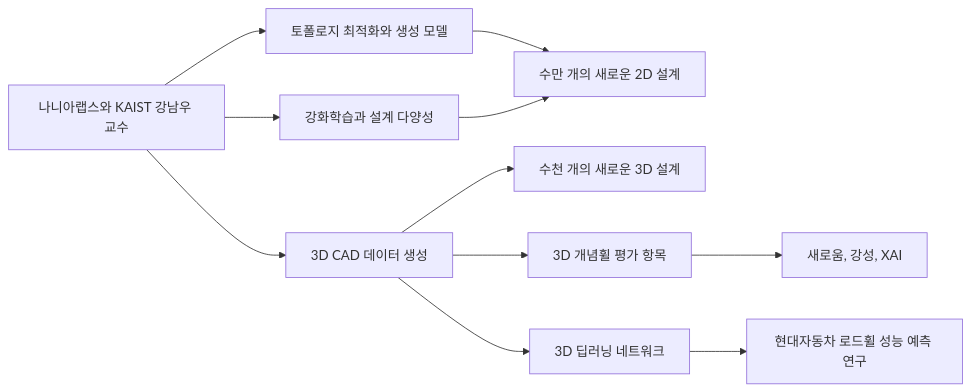
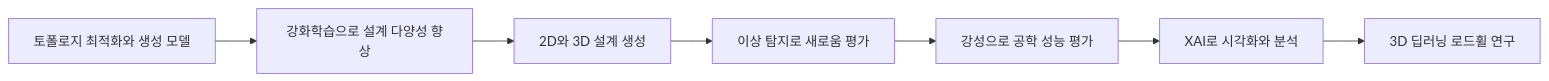
The diagram in ComputerScience/03_ai-ml-data/generative-ai-fine-tuning/notes/62. 제조 생성 설계와 성능 평가.md (umyunsang/edu), drawn with Mermaid before and after one commit. The commit also changed other lines of this file and 5 other files, not shown here.

````diff
--- a/ComputerScience/03_ai-ml-data/generative-ai-fine-tuning/notes/62. 제조 생성 설계와 성능 평가.md
+++ b/ComputerScience/03_ai-ml-data/generative-ai-fine-tuning/notes/62. 제조 생성 설계와 성능 평가.md
@@ -26,13 +32,9 @@
 ```mermaid
 flowchart LR
-    A["나니아랩스와 KAIST 강남우 교수"] --> B["토폴로지 최적화와 생성 모델"]
-    A --> C["강화학습과 설계 다양성"]
-    B --> D["수만 개의 새로운 2D 설계"]
-    C --> D
-    A --> E["3D CAD 데이터 생성"]
-    E --> F["수천 개의 새로운 3D 설계"]
-    E --> G["3D 개념휠 평가 항목"]
-    G --> H["새로움, 강성, XAI"]
-    E --> I["3D 딥러닝 네트워크"]
-    I --> J["현대자동차 로드휠 성능 예측 연구"]
+    A["토폴로지 최적화와 생성 모델"] --> B["강화학습으로 설계 다양성 향상"]
+    B --> C["2D와 3D 설계 생성"]
+    C --> D["이상 탐지로 새로움 평가"]
+    D --> E["강성으로 공학 성능 평가"]
+    E --> F["XAI로 시각화와 분석"]
+    F --> G["3D 딥러닝 로드휠 연구"]
 ```
````
